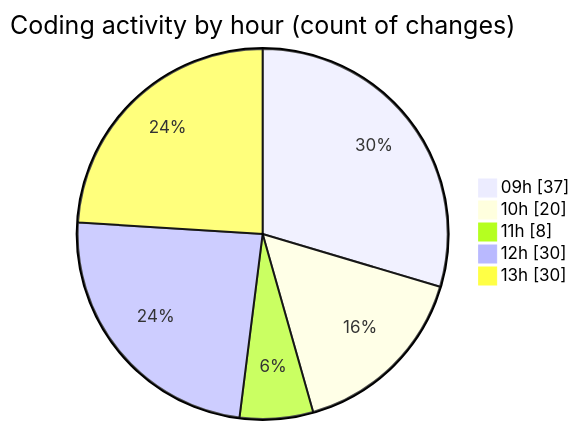
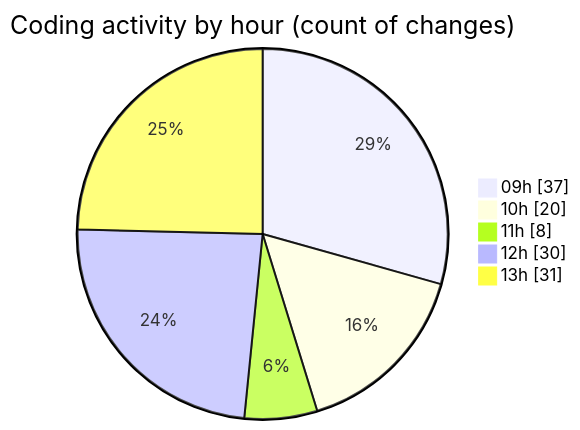
Before and after one commit to momahboobian/code-tracking: the second of 2 diagrams in 2026-05-08/cda/README.md, drawn with Mermaid. The commit also changed other lines of this file and 1 other file, not shown here.

````diff
--- a/2026-05-08/cda/README.md
+++ b/2026-05-08/cda/README.md
@@ -51,9 +51,9 @@
 ```mermaid
 pie showData
 title Coding activity by hour (count of changes)
 "09h" : 37
 "10h" : 20
 "11h" : 8
 "12h" : 30
-"13h" : 30
+"13h" : 31
 ```
````
